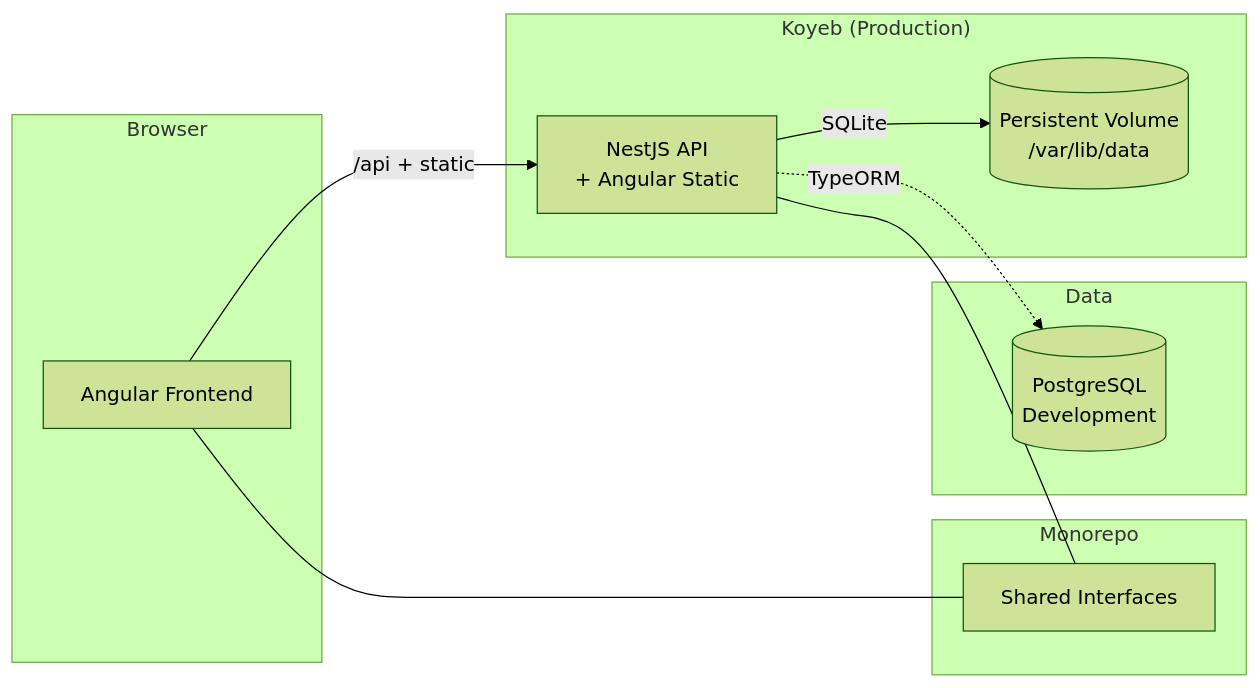
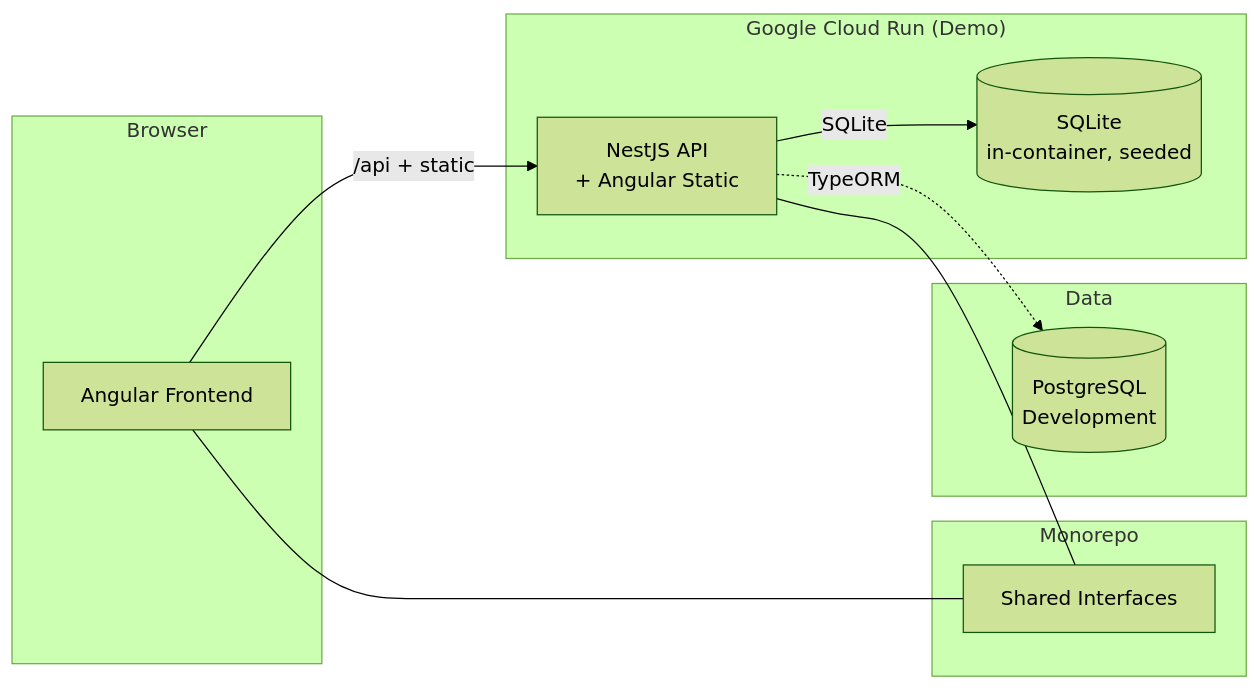
Before and after one commit to GiovaneFreu/loan-system-workspace: the diagram in README.md, drawn with Mermaid (forest theme). The commit also changed other lines of this file, not shown here.

First line of the commit message:
docs: move live demo from Koyeb to Google Cloud Run

````diff
--- a/README.md
+++ b/README.md
@@ -46,22 +48,22 @@
 ```mermaid
 flowchart LR
   subgraph Browser
     UI[Angular Frontend]
   end
-  subgraph Koyeb["Koyeb (Production)"]
+  subgraph CloudRun["Google Cloud Run (Demo)"]
     APP[NestJS API\n+ Angular Static]
-    VOL[(Persistent Volume\n/var/lib/data)]
+    VOL[(SQLite\nin-container, seeded)]
   end
   subgraph Data
     PG[(PostgreSQL\nDevelopment)]
   end
   subgraph Monorepo
     IF[Shared Interfaces]
   end
 
   UI -->|/api + static| APP
   APP -->|SQLite| VOL
   APP -.->|TypeORM| PG
   UI --- IF
   APP --- IF
 ```
````
